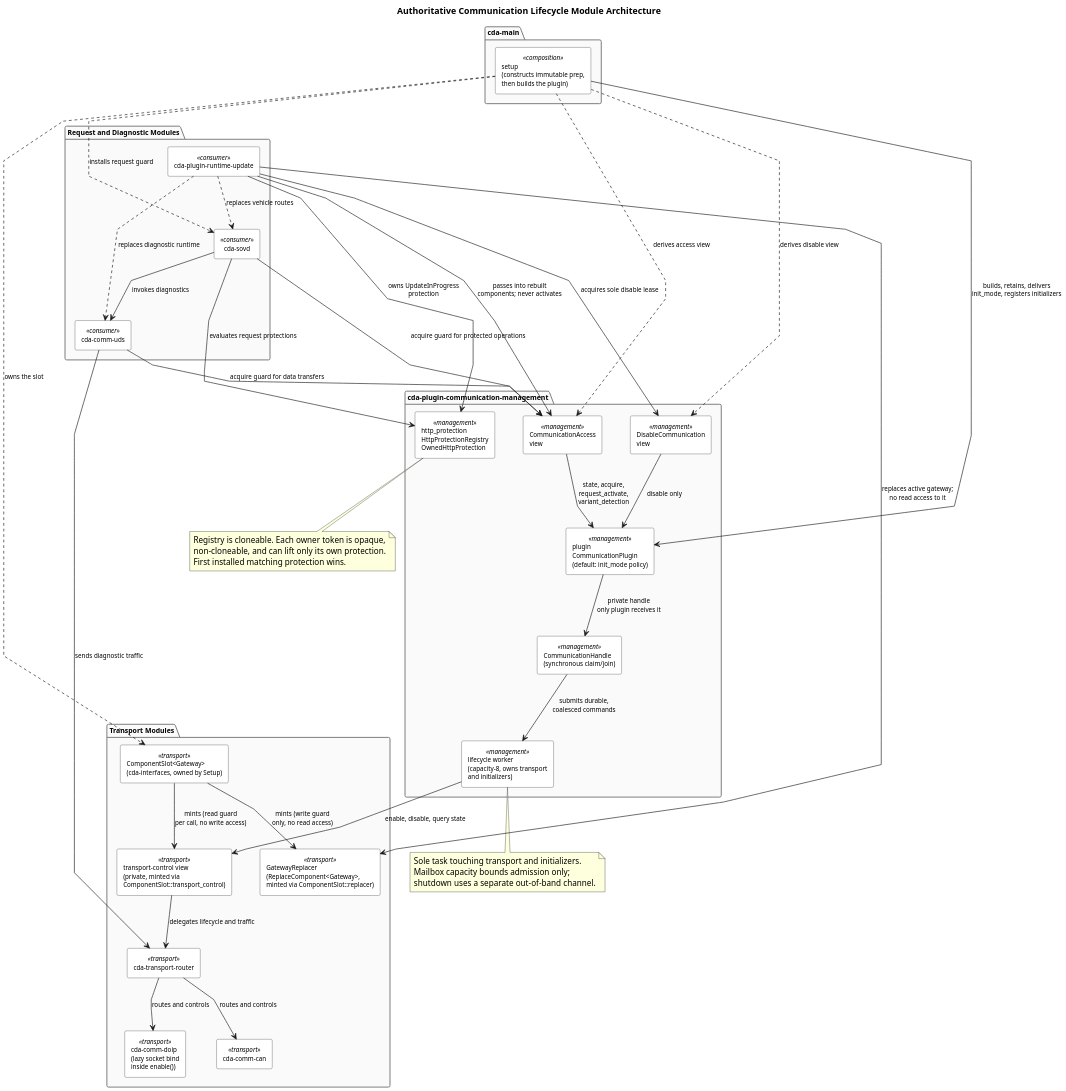
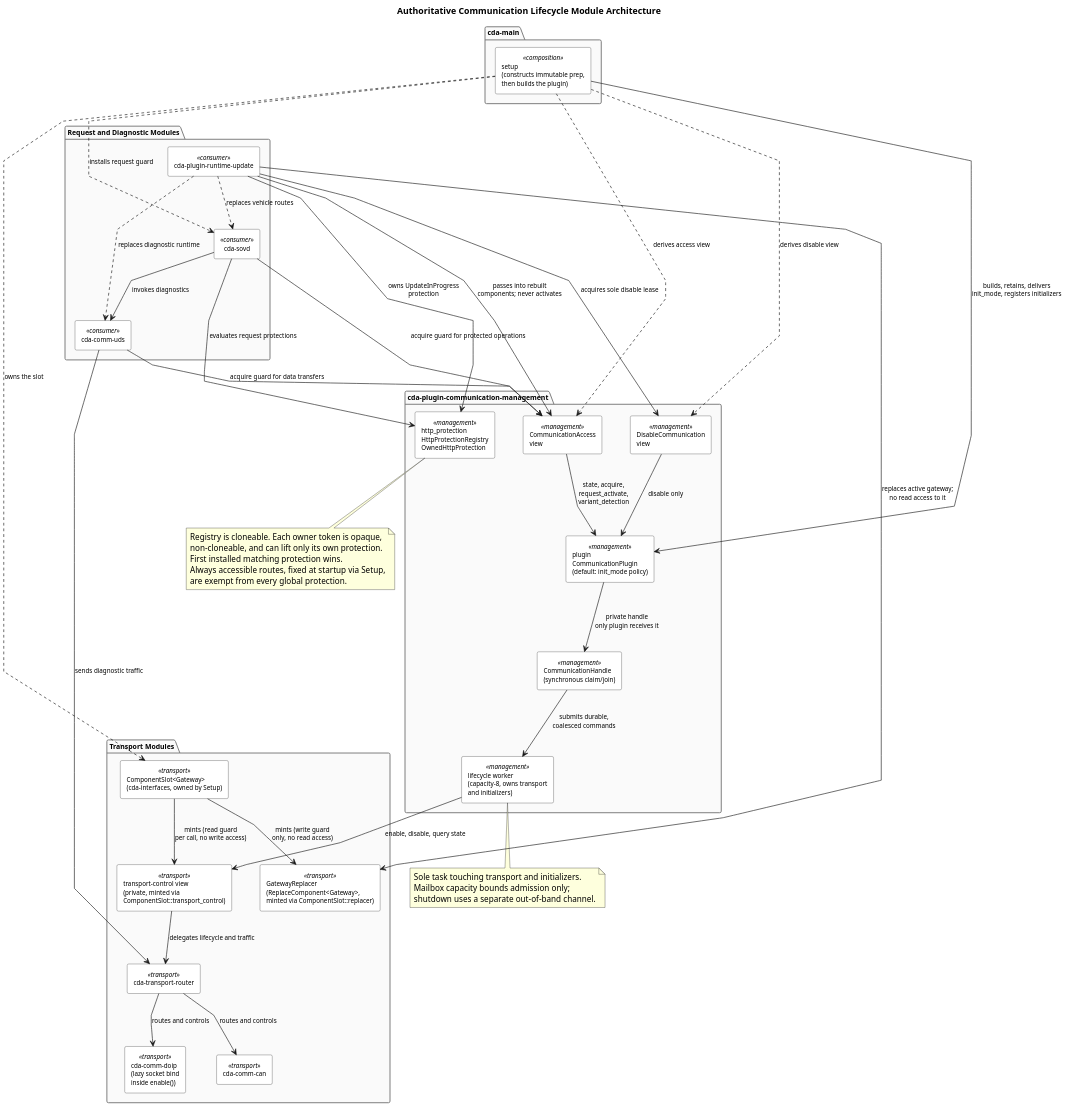
The diagram in docs/04_adr/images/communication_management_modules.puml (eclipse-opensovd/classic-diagnostic-adapter), drawn with PlantUML before and after one commit. The commit also changed 5 other files, not shown here.

First line of the commit message:
feat(main): allow embedders to exempt routes from HTTP protections

```diff
--- a/docs/04_adr/images/communication_management_modules.puml
+++ b/docs/04_adr/images/communication_management_modules.puml
@@ -4,116 +4,118 @@
 @startuml
 
 skinparam dpi 150
 skinparam shadowing false
 skinparam linetype polyline
 skinparam componentStyle rectangle
 skinparam nodesep 45
 skinparam ranksep 70
 skinparam ArrowFontSize 10
 
 skinparam package {
   BackgroundColor #FAFAFA
   BorderColor #777777
   FontSize 11
   Padding 20
 }
 
 skinparam component {
   BackgroundColor #FFFFFF
   BorderColor #333333
   FontSize 10
   Padding 14
 }
 
 skinparam component<<management>> BackgroundColor #E8F5E9
 skinparam component<<consumer>> BackgroundColor #E3F2FD
 skinparam component<<transport>> BackgroundColor #FFF3E0
 skinparam component<<composition>> BackgroundColor #F3E5F5
 
 title Authoritative Communication Lifecycle Module Architecture
 
 ' Top-to-bottom flow: cda-main -> Request/Diagnostic -> Communication
 ' Management -> Transport. Packages and components below are declared in
 ' that dependency order so the layout engine can rank them without having
 ' to route edges backwards.
 
 package "cda-main" {
   component "setup\n(constructs immutable prep,\nthen builds the plugin)" as Setup <<composition>>
 }
 
 package "Request and Diagnostic Modules" {
   component "cda-plugin-runtime-update" as RuntimeUpdate <<consumer>>
   component "cda-sovd" as Sovd <<consumer>>
   component "cda-comm-uds" as Uds <<consumer>>
 
   RuntimeUpdate ..> Sovd : replaces vehicle routes
   RuntimeUpdate ..> Uds : replaces diagnostic runtime
   Sovd --> Uds : invokes diagnostics
 }
 
 package "cda-plugin-communication-management" {
   component "CommunicationAccess\nview" as Access <<management>>
   component "DisableCommunication\nview" as Disable <<management>>
   component "plugin\nCommunicationPlugin\n(default: init_mode policy)" as Plugin <<management>>
   component "CommunicationHandle\n(synchronous claim/join)" as Handle <<management>>
   component "lifecycle worker\n(capacity-8, owns transport\nand initializers)" as Worker <<management>>
   component "http_protection\nHttpProtectionRegistry\nOwnedHttpProtection" as HttpProtection <<management>>
 
   Access --> Plugin : state, acquire,\nrequest_activate,\nvariant_detection
   Disable --> Plugin : disable only
   Plugin --> Handle : private handle\nonly plugin receives it
   Handle --> Worker : submits durable,\ncoalesced commands
 }
 
 package "Transport Modules" {
   component "ComponentSlot<Gateway>\n(cda-interfaces, owned by Setup)" as GatewaySlot <<transport>>
   component "transport-control view\n(private, minted via\nComponentSlot::transport_control)" as Swappable <<transport>>
   component "GatewayReplacer\n(ReplaceComponent<Gateway>,\nminted via ComponentSlot::replacer)" as GatewayReplacer <<transport>>
   component "cda-transport-router" as Router <<transport>>
   component "cda-comm-doip\n(lazy socket bind\ninside enable())" as Doip <<transport>>
   component "cda-comm-can" as Can <<transport>>
 
   GatewaySlot --> Swappable : mints (read guard\nper call, no write access)
   GatewaySlot --> GatewayReplacer : mints (write guard\nonly, no read access)
   Swappable --> Router : delegates lifecycle and traffic
   Router --> Doip : routes and controls
   Router --> Can : routes and controls
 }
 
 Setup ..> Sovd : installs request guard
 Setup --> Plugin : builds, retains, delivers\ninit_mode, registers initializers
 Setup ..> Access : derives access view
 Setup ..> Disable : derives disable view
 Setup ..> GatewaySlot : owns the slot
 
 ' Hidden edges: not part of the model, only used to pin cda-main strictly
 ' above the Request/Diagnostic rank and Request/Diagnostic strictly above
 ' Communication Management, since Setup's and RuntimeUpdate's real edges
 ' otherwise let the layout engine collapse those ranks together.
 Setup -[hidden]-> RuntimeUpdate
 Uds -[hidden]-> Disable
 
 Sovd --> HttpProtection : evaluates request protections
 Sovd --> Access : acquire guard for protected operations
 Uds --> Access : acquire guard for data transfers
 Uds --> Router : sends diagnostic traffic
 Worker --> Swappable : enable, disable, query state
 
 RuntimeUpdate --> HttpProtection : owns UpdateInProgress\nprotection
 RuntimeUpdate --> Disable : acquires sole disable lease
 RuntimeUpdate --> GatewayReplacer : replaces active gateway;\nno read access to it
 RuntimeUpdate --> Access : passes into rebuilt\ncomponents; never activates
 
 note bottom of HttpProtection
   Registry is cloneable. Each owner token is opaque,
   non-cloneable, and can lift only its own protection.
   First installed matching protection wins.
+  Always accessible routes, fixed at startup via Setup,
+  are exempt from every global protection.
 end note
 
 note bottom of Worker
   Sole task touching transport and initializers.
   Mailbox capacity bounds admission only;
   shutdown uses a separate out-of-band channel.
 end note
 
 @enduml
```
